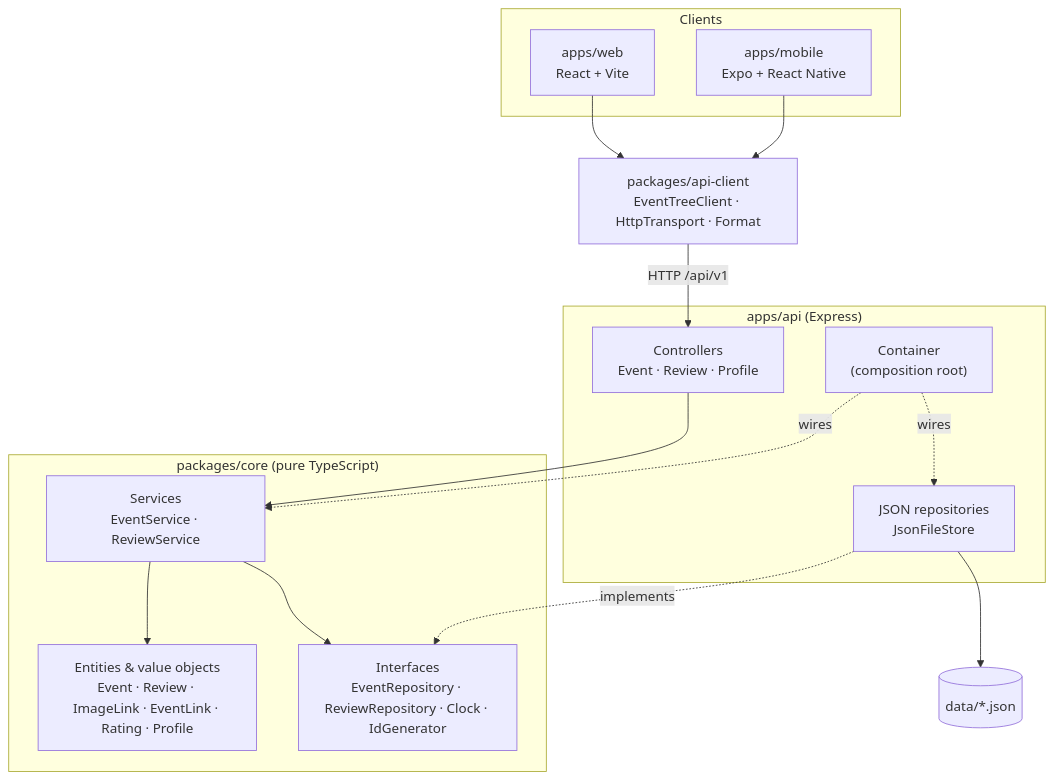
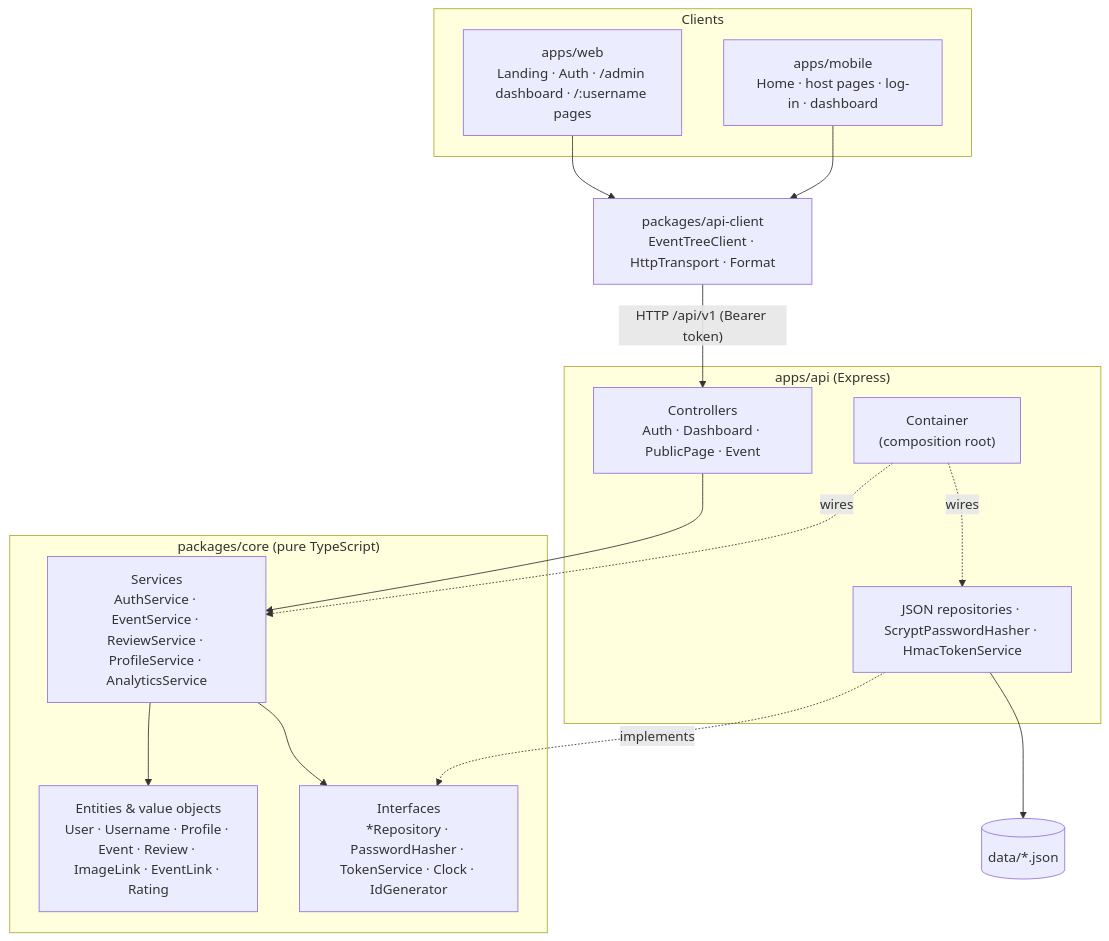
Before and after one commit to Ashelycole1/CUU-LINK-TREE: the diagram in README.md, drawn with Mermaid. The commit also changed other lines of this file, not shown here.

Commit message:
Rewrite the README for the Event Tree platform

````diff
--- a/README.md
+++ b/README.md
@@ -61,33 +88,33 @@
 ```mermaid
 flowchart TB
   subgraph Clients
-    WEB["apps/web<br/>React + Vite"]
-    MOB["apps/mobile<br/>Expo + React Native"]
+    WEB["apps/web<br/>Landing · Auth · /admin dashboard · /:username pages"]
+    MOB["apps/mobile<br/>Home · host pages · log-in · dashboard"]
   end
 
   CLIENT["packages/api-client<br/>EventTreeClient · HttpTransport · Format"]
 
   subgraph API["apps/api (Express)"]
-    CTRL["Controllers<br/>Event · Review · Profile"]
+    CTRL["Controllers<br/>Auth · Dashboard · PublicPage · Event"]
     CONT["Container<br/>(composition root)"]
-    REPO["JSON repositories<br/>JsonFileStore"]
+    REPO["JSON repositories · ScryptPasswordHasher · HmacTokenService"]
   end
 
   subgraph CORE["packages/core (pure TypeScript)"]
-    SVC["Services<br/>EventService · ReviewService"]
-    ENT["Entities & value objects<br/>Event · Review · ImageLink · EventLink · Rating · Profile"]
-    PORTS["Interfaces<br/>EventRepository · ReviewRepository · Clock · IdGenerator"]
+    SVC["Services<br/>AuthService · EventService · ReviewService · ProfileService · AnalyticsService"]
+    ENT["Entities & value objects<br/>User · Username · Profile · Event · Review · ImageLink · EventLink · Rating"]
+    PORTS["Interfaces<br/>*Repository · PasswordHasher · TokenService · Clock · IdGenerator"]
   end
 
   WEB --> CLIENT
   MOB --> CLIENT
-  CLIENT -- "HTTP /api/v1" --> CTRL
+  CLIENT -- "HTTP /api/v1 (Bearer token)" --> CTRL
   CTRL --> SVC
   CONT -. wires .-> SVC
   CONT -. wires .-> REPO
   SVC --> ENT
   SVC --> PORTS
   REPO -. implements .-> PORTS
   DATA[("data/*.json")]
   REPO --> DATA
 ```
````
